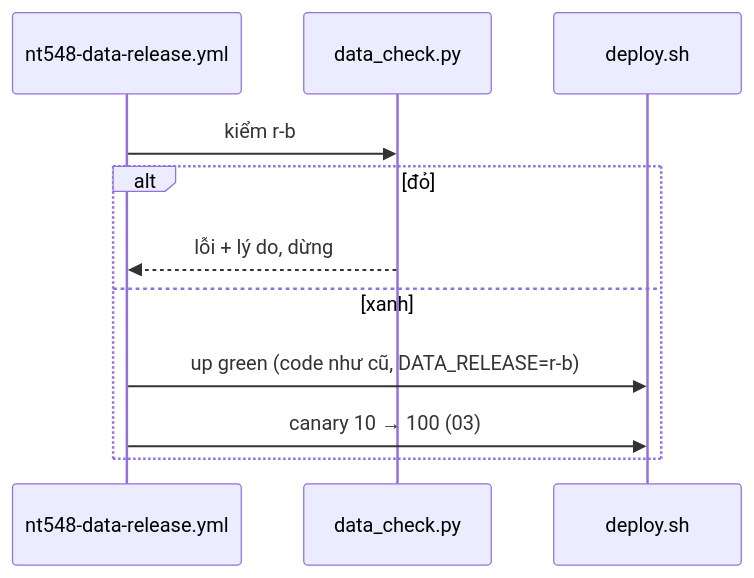
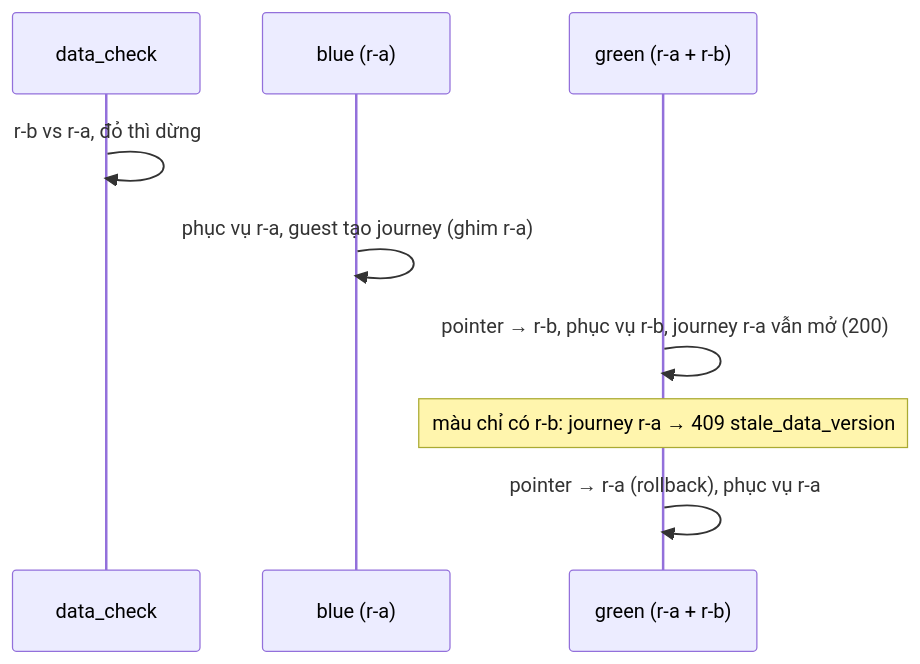
Before and after one commit to LuanLuKim/tripguardian-nt548: the second of 2 diagrams in docs/nt548/05-dataops.md, drawn with Mermaid. The commit also changed other lines of this file, not shown here.

First line of the commit message:
docs(nt548): DataOps guide matches the code, R1 result and research notes (#12)

````diff
--- a/docs/nt548/05-dataops.md
+++ b/docs/nt548/05-dataops.md
@@ -35,13 +76,11 @@
 ```mermaid
 sequenceDiagram
-  participant WF as nt548-data-release.yml
-  participant DC as data_check.py
-  participant DP as deploy.sh
-  WF->>DC: kiểm r-b
-  alt đỏ
-    DC-->>WF: lỗi + lý do, dừng
-  else xanh
-    WF->>DP: up green (code như cũ, DATA_RELEASE=r-b)
-    WF->>DP: canary 10 → 100 (03)
-  end
+  participant G as data_check
+  participant B as blue (r-a)
+  participant N as green (r-a + r-b)
+  G->>G: r-b vs r-a, đỏ thì dừng
+  B->>B: phục vụ r-a, guest tạo journey (ghim r-a)
+  N->>N: pointer → r-b, phục vụ r-b, journey r-a vẫn mở (200)
+  Note over N: màu chỉ có r-b: journey r-a → 409 stale_data_version
+  N->>N: pointer → r-a (rollback), phục vụ r-a
 ```
````
